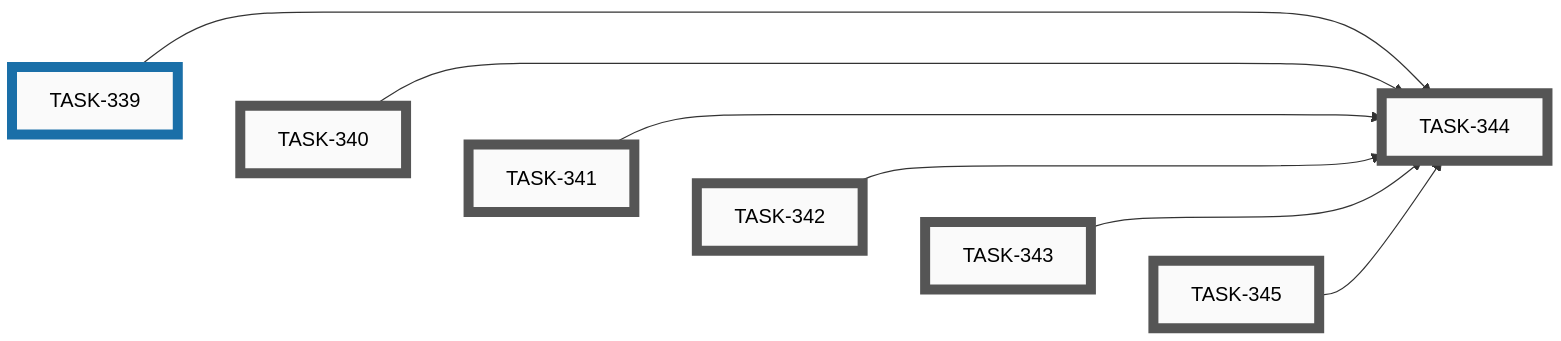
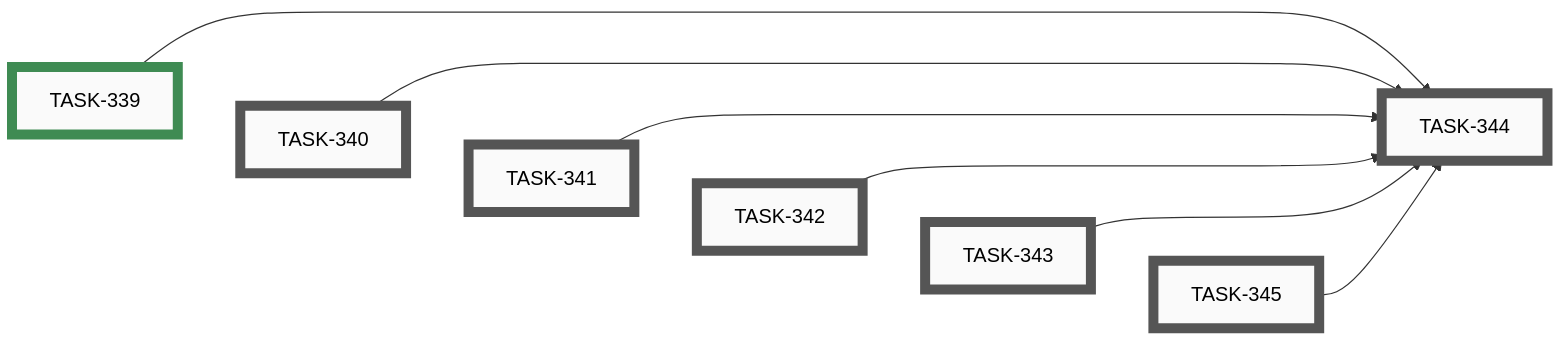
Before and after one commit to tgd1975/AwesomeStudioPedal: the ninth of 10 diagrams in docs/developers/tasks/EPICS.md, drawn with Mermaid. The commit also changed other lines of this file and 3 other files, not shown here.

Commit message:
close TASK-339: Add ASP logo to web simulator header

````diff
--- a/docs/developers/tasks/EPICS.md
+++ b/docs/developers/tasks/EPICS.md
@@ -366,32 +366,32 @@
 ```mermaid
 graph LR
     TASK_340["TASK-340"]:::open
     TASK_341["TASK-341"]:::open
     TASK_342["TASK-342"]:::open
     TASK_343["TASK-343"]:::open
     TASK_344["TASK-344"]:::open
     TASK_345["TASK-345"]:::open
-    TASK_339["TASK-339"]:::active
+    TASK_339["TASK-339"]:::closed
     TASK_339 --> TASK_344
     TASK_340 --> TASK_344
     TASK_341 --> TASK_344
     TASK_342 --> TASK_344
     TASK_343 --> TASK_344
     TASK_345 --> TASK_344
     TASK_339 ~~~ TASK_340 ~~~ TASK_341 ~~~ TASK_342 ~~~ TASK_343 ~~~ TASK_345
     click TASK_340 "open/task-340-add-asp-logo-to-profile-builder-header.md"
     click TASK_341 "open/task-341-add-asp-logo-to-configuration-builder-header.md"
     click TASK_342 "open/task-342-add-asp-logo-to-mobile-app-appbar.md"
     click TASK_343 "open/task-343-add-github-social-preview-image.md"
     click TASK_344 "open/task-344-archive-idea-049-after-logo-tasks-shipped.md"
     click TASK_345 "open/task-345-swap-android-launcher-icon-to-asp-mark.md"
-    click TASK_339 "active/task-339-add-asp-logo-to-web-simulator-header.md"
+    click TASK_339 "closed/task-339-add-asp-logo-to-web-simulator-header.md"
     classDef open    fill:#FAFAFA,stroke:#555,stroke-width:8px,color:#000
     classDef active  fill:#FAFAFA,stroke:#1A6FA8,stroke-width:8px,color:#000
     classDef closed  fill:#FAFAFA,stroke:#3F8B53,stroke-width:8px,color:#000
     classDef paused  fill:#FAFAFA,stroke:#B07810,stroke-width:8px,color:#000
     classDef openExt    fill:#000,stroke:#888,stroke-width:8px,color:#FFF
     classDef activeExt  fill:#000,stroke:#3FA9F5,stroke-width:8px,color:#FFF
     classDef closedExt  fill:#000,stroke:#7CC68A,stroke-width:8px,color:#FFF
     classDef pausedExt  fill:#000,stroke:#F0B030,stroke-width:8px,color:#FFF
 ```
````
